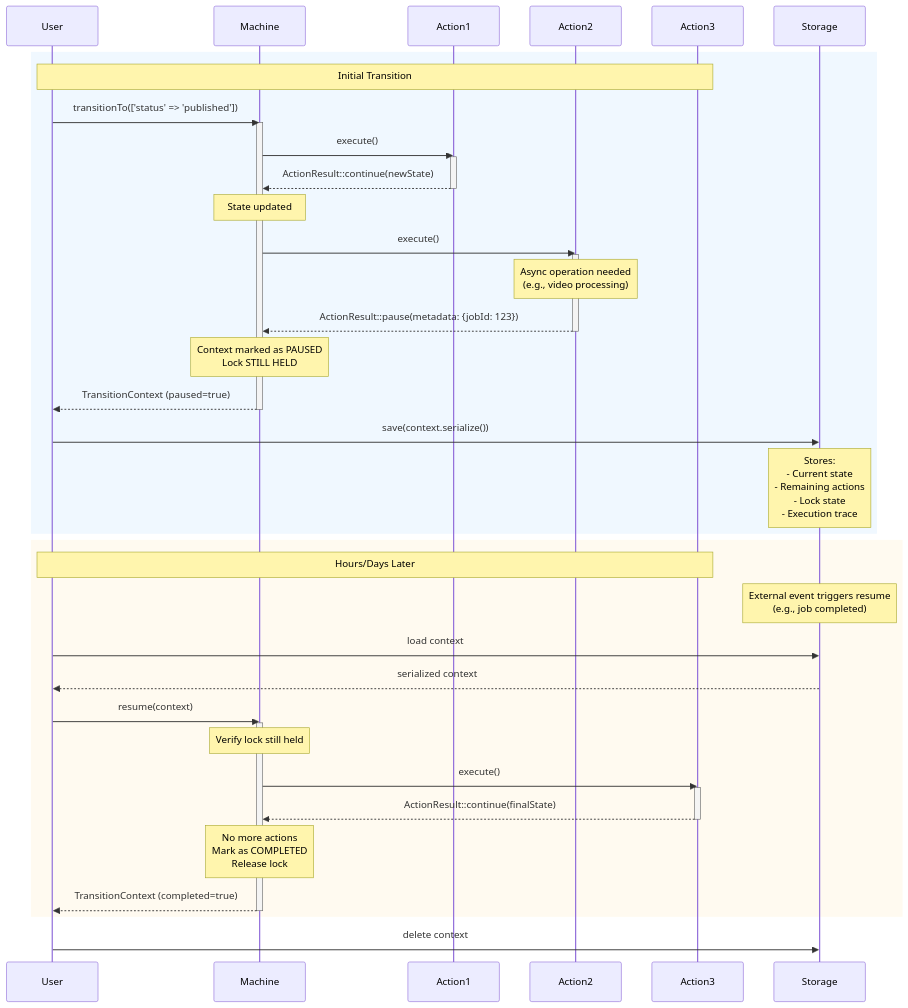
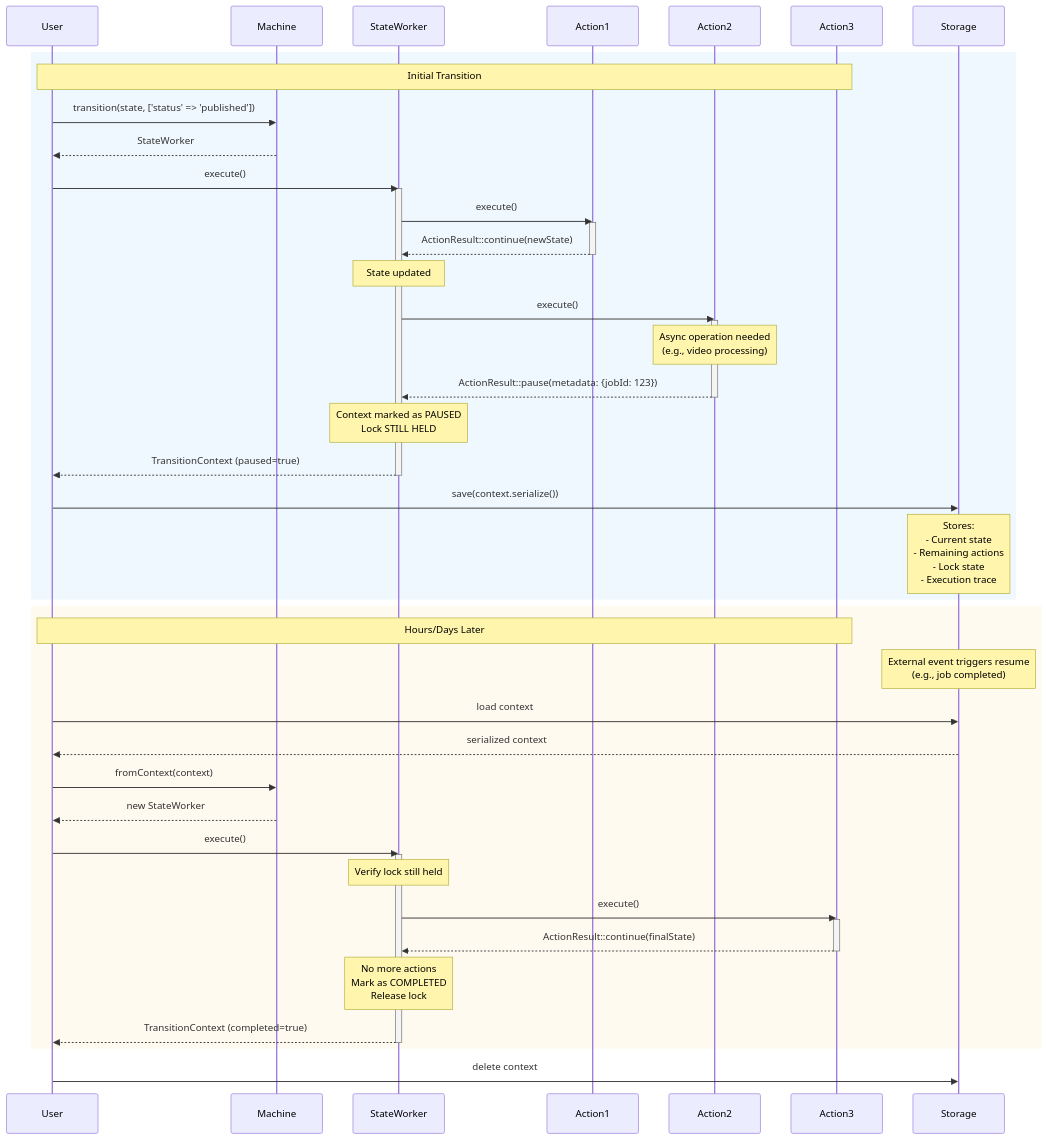
One commit to benrowe/stateflow changed the sixth of 11 diagrams in docs/diagrams.md. Above: the diagram before and after it, drawn with Mermaid. The commit also changed other lines of this file and 1 other file, not shown here.

Commit message:
Fix diagrams to use new worker

````diff
--- a/docs/diagrams.md
+++ b/docs/diagrams.md
@@ -301,59 +309,64 @@
 ```mermaid
 sequenceDiagram
     participant User
     participant Machine
+    participant Worker as StateWorker
     participant Action1
     participant Action2
     participant Action3
     participant Storage
 
     rect rgb(240, 248, 255)
         Note over User,Action3: Initial Transition
-        User->>Machine: transitionTo(['status' => 'published'])
-        activate Machine
+        User->>Machine: transition(state, ['status' => 'published'])
+        Machine-->>User: StateWorker
+        User->>Worker: execute()
+        activate Worker
 
-        Machine->>Action1: execute()
+        Worker->>Action1: execute()
         activate Action1
-        Action1-->>Machine: ActionResult::continue(newState)
+        Action1-->>Worker: ActionResult::continue(newState)
         deactivate Action1
-        Note over Machine: State updated
+        Note over Worker: State updated
 
-        Machine->>Action2: execute()
+        Worker->>Action2: execute()
         activate Action2
         Note over Action2: Async operation needed<br/>(e.g., video processing)
-        Action2-->>Machine: ActionResult::pause(metadata: {jobId: 123})
+        Action2-->>Worker: ActionResult::pause(metadata: {jobId: 123})
         deactivate Action2
 
-        Note over Machine: Context marked as PAUSED<br/>Lock STILL HELD
-        Machine-->>User: TransitionContext (paused=true)
-        deactivate Machine
+        Note over Worker: Context marked as PAUSED<br/>Lock STILL HELD
+        Worker-->>User: TransitionContext (paused=true)
+        deactivate Worker
 
         User->>Storage: save(context.serialize())
         Note over Storage: Stores:<br/>- Current state<br/>- Remaining actions<br/>- Lock state<br/>- Execution trace
     end
 
     rect rgb(255, 250, 240)
         Note over User,Action3: Hours/Days Later
         Note over Storage: External event triggers resume<br/>(e.g., job completed)
 
         User->>Storage: load context
         Storage-->>User: serialized context
 
-        User->>Machine: resume(context)
-        activate Machine
+        User->>Machine: fromContext(context)
+        Machine-->>User: new StateWorker
+        User->>Worker: execute()
+        activate Worker
 
-        Note over Machine: Verify lock still held
+        Note over Worker: Verify lock still held
 
-        Machine->>Action3: execute()
+        Worker->>Action3: execute()
         activate Action3
-        Action3-->>Machine: ActionResult::continue(finalState)
+        Action3-->>Worker: ActionResult::continue(finalState)
         deactivate Action3
 
-        Note over Machine: No more actions<br/>Mark as COMPLETED<br/>Release lock
+        Note over Worker: No more actions<br/>Mark as COMPLETED<br/>Release lock
 
-        Machine-->>User: TransitionContext (completed=true)
-        deactivate Machine
+        Worker-->>User: TransitionContext (completed=true)
+        deactivate Worker
     end
 
     User->>Storage: delete context
 ```
````
